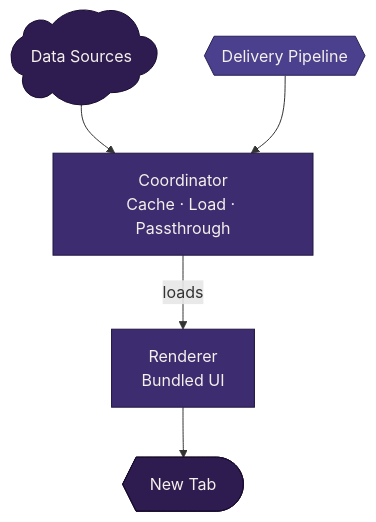
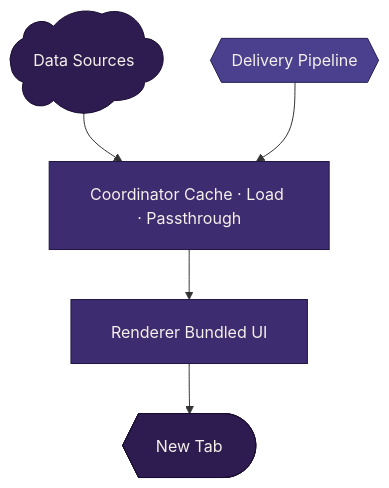
One commit to mozilla/home-new-tab changed the diagram in docs/architecture/overview.md. Above: the diagram before and after it, drawn with Mermaid. The commit also changed 3 other files, not shown here.

Commit message:
docs(charts): refine style for better reading

````diff
--- a/docs/architecture/overview.md
+++ b/docs/architecture/overview.md
@@ -19,22 +19,27 @@
 ```mermaid
+---
+config:
+  flowchart:
+    padding: 20
+---
 flowchart TD
     upstream@{label: "Data Sources", shape: cloud}
     pipeline@{label: "Delivery Pipeline", shape: hexagon}
-    coordinator@{label: "Coordinator<br/>Cache · Load · Passthrough", shape: rect}
-    renderer@{label: "Renderer<br/>Bundled UI", shape: rect}
+    coordinator@{label: "Coordinator Cache · Load · Passthrough", shape: rect}
+    renderer@{label: "Renderer Bundled UI", shape: rect}
     user@{label: "New Tab", shape: curv-trap}
 
     upstream --> coordinator
     pipeline --> coordinator
-    coordinator -->|loads| renderer
+    coordinator --> renderer
     renderer --> user
 
     classDef deepest fill:#2e1c51,stroke:#190d30,color:#f5f0eb
     classDef deep fill:#3d2c70,stroke:#211643,color:#f5f0eb
     classDef mid fill:#4a408e,stroke:#282155,color:#f5f0eb
     classDef light fill:#5656ad,stroke:#2e2e68,color:#f5f0eb
 
     class upstream,user deepest
     class coordinator,renderer deep
     class pipeline mid
 ```
````
